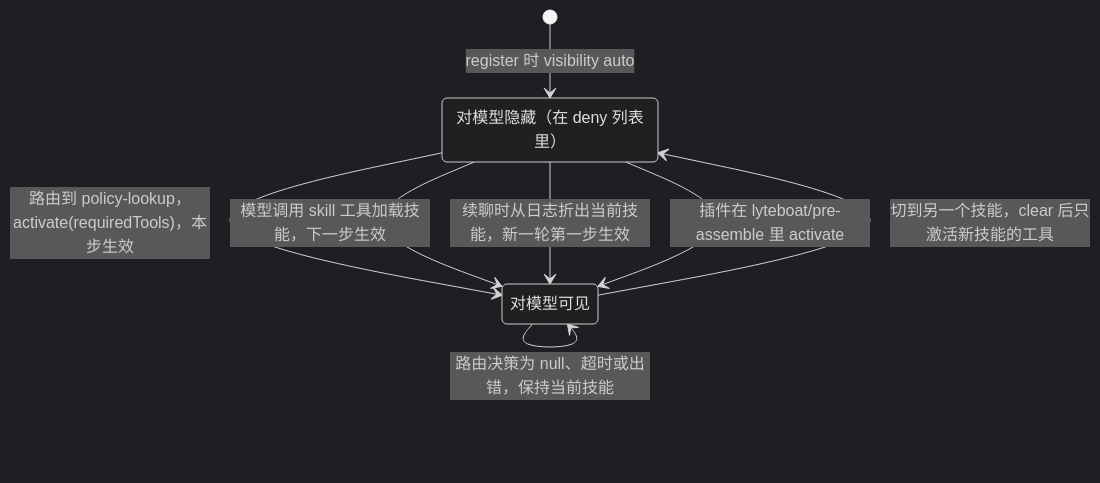
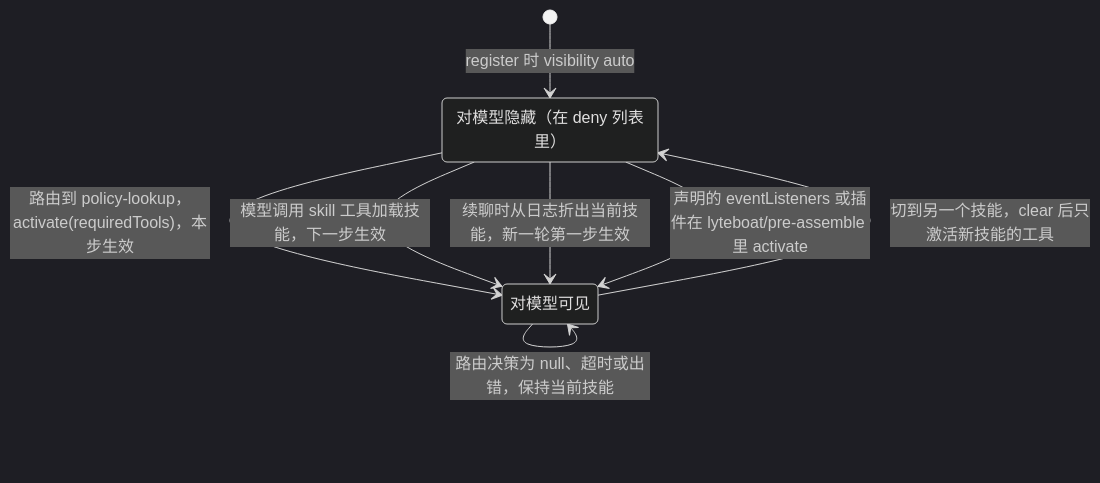
Before and after one commit to lyteboat/lyteboat: the third of 3 diagrams in docs/03-agent-development.md, drawn with Mermaid (dark theme). The commit also changed other lines of this file and 3 other files, not shown here.

````diff
--- a/docs/03-agent-development.md
+++ b/docs/03-agent-development.md
@@ -1673,12 +1716,12 @@
 ```mermaid
 stateDiagram-v2
     state "对模型隐藏（在 deny 列表里）" as Hidden
     state "对模型可见" as Visible
     [*] --> Hidden: register 时 visibility auto
     Hidden --> Visible: 路由到 policy-lookup，activate(requiredTools)，本步生效
     Hidden --> Visible: 模型调用 skill 工具加载技能，下一步生效
     Hidden --> Visible: 续聊时从日志折出当前技能，新一轮第一步生效
-    Hidden --> Visible: 插件在 lyteboat/pre-assemble 里 activate
+    Hidden --> Visible: 声明的 eventListeners 或插件在 lyteboat/pre-assemble 里 activate
     Visible --> Visible: 路由决策为 null、超时或出错，保持当前技能
     Visible --> Hidden: 切到另一个技能，clear 后只激活新技能的工具
 ```
````
